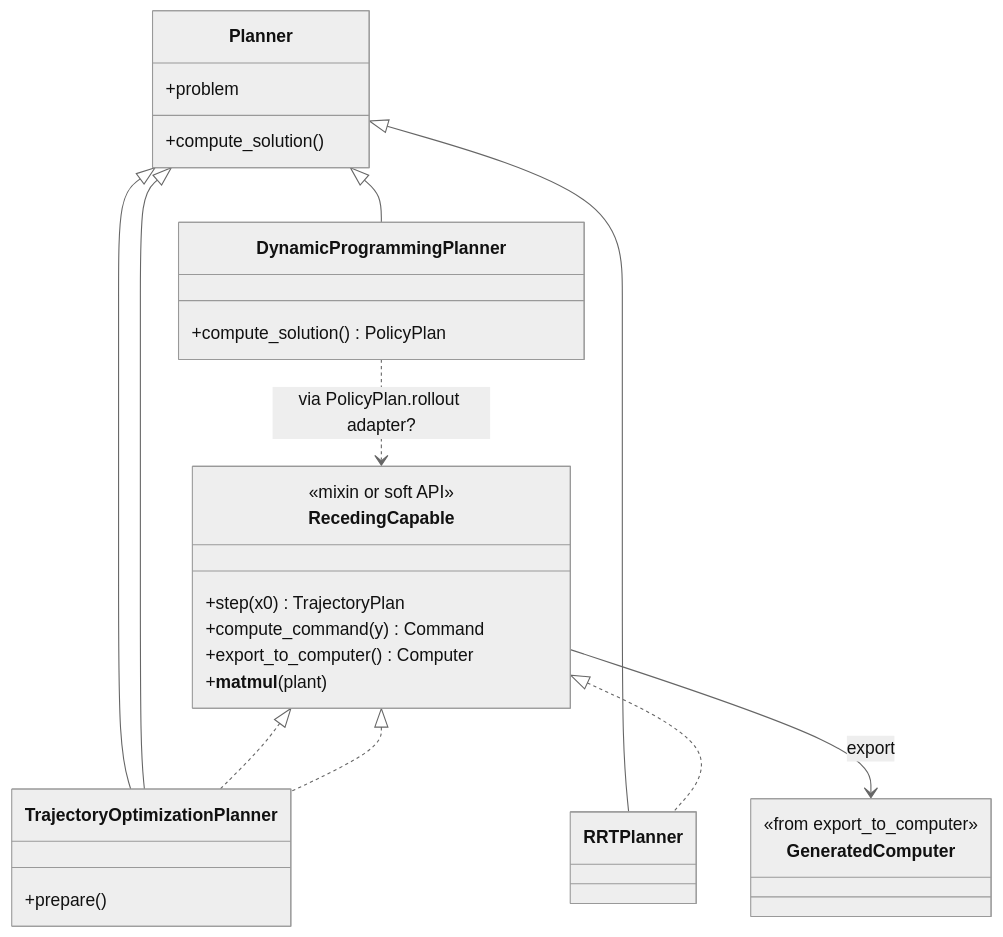
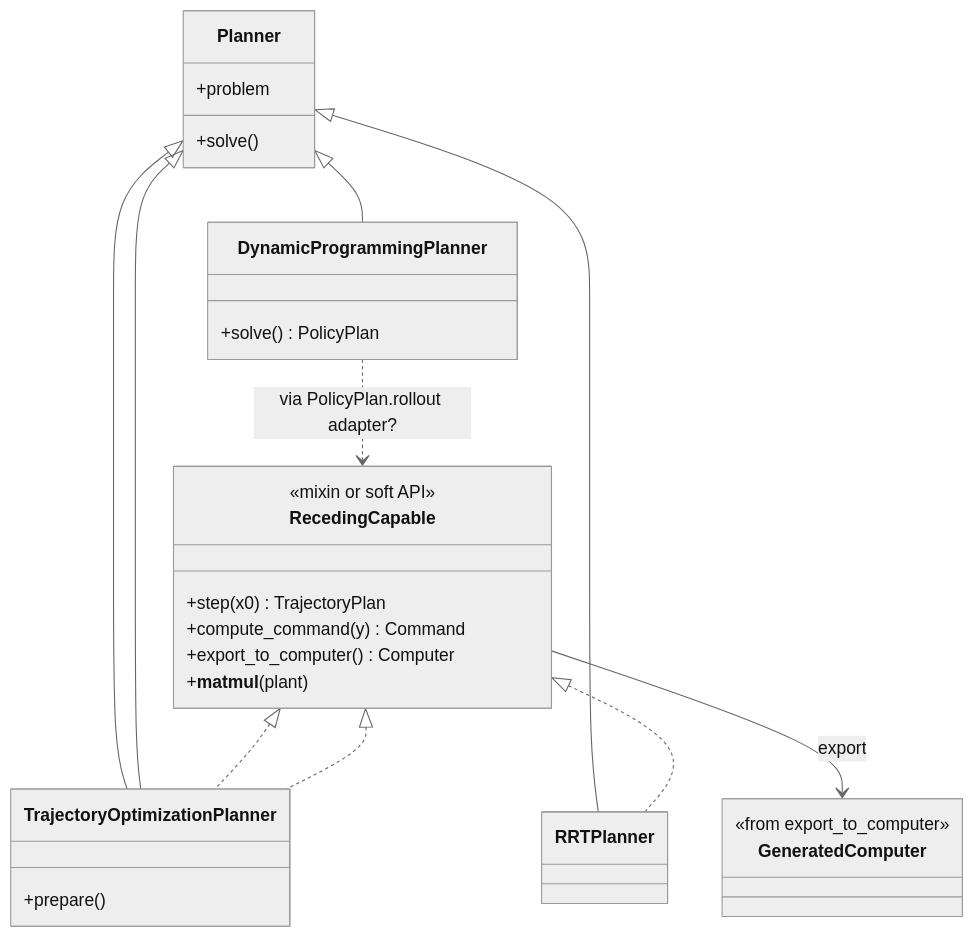
Before and after one commit to alx87grd/minilink: the third of 4 diagrams in docs/plans/mpc-controller-architecture.md, drawn with Mermaid (neutral theme). The commit also changed other lines of this file and 67 other files, not shown here.

First line of the commit message:
feat(planning): land E0 — TrajectoryPlan, problem.tf, solve() API

````diff
--- a/docs/plans/mpc-controller-architecture.md
+++ b/docs/plans/mpc-controller-architecture.md
@@ -644,35 +644,35 @@
 ```mermaid
 classDiagram
   class Planner {
     +problem
-    +compute_solution()
+    +solve()
   }
   class RecedingCapable {
     <<mixin or soft API>>
     +step(x0) TrajectoryPlan
     +compute_command(y) Command
     +export_to_computer() Computer
     +__matmul__(plant)
   }
   class TrajectoryOptimizationPlanner {
     +prepare()
   }
   class RRTPlanner
   class TrajectoryOptimizationPlanner
   class DynamicProgrammingPlanner {
-    +compute_solution() PolicyPlan
+    +solve() PolicyPlan
   }
   class GeneratedComputer {
     <<from export_to_computer>>
   }
 
   Planner <|-- TrajectoryOptimizationPlanner
   Planner <|-- RRTPlanner
   Planner <|-- TrajectoryOptimizationPlanner
   Planner <|-- DynamicProgrammingPlanner
   RecedingCapable <|.. TrajectoryOptimizationPlanner
   RecedingCapable <|.. RRTPlanner
   RecedingCapable <|.. TrajectoryOptimizationPlanner
   DynamicProgrammingPlanner ..> RecedingCapable : via PolicyPlan.rollout adapter?
   RecedingCapable --> GeneratedComputer : export
 ```
````
